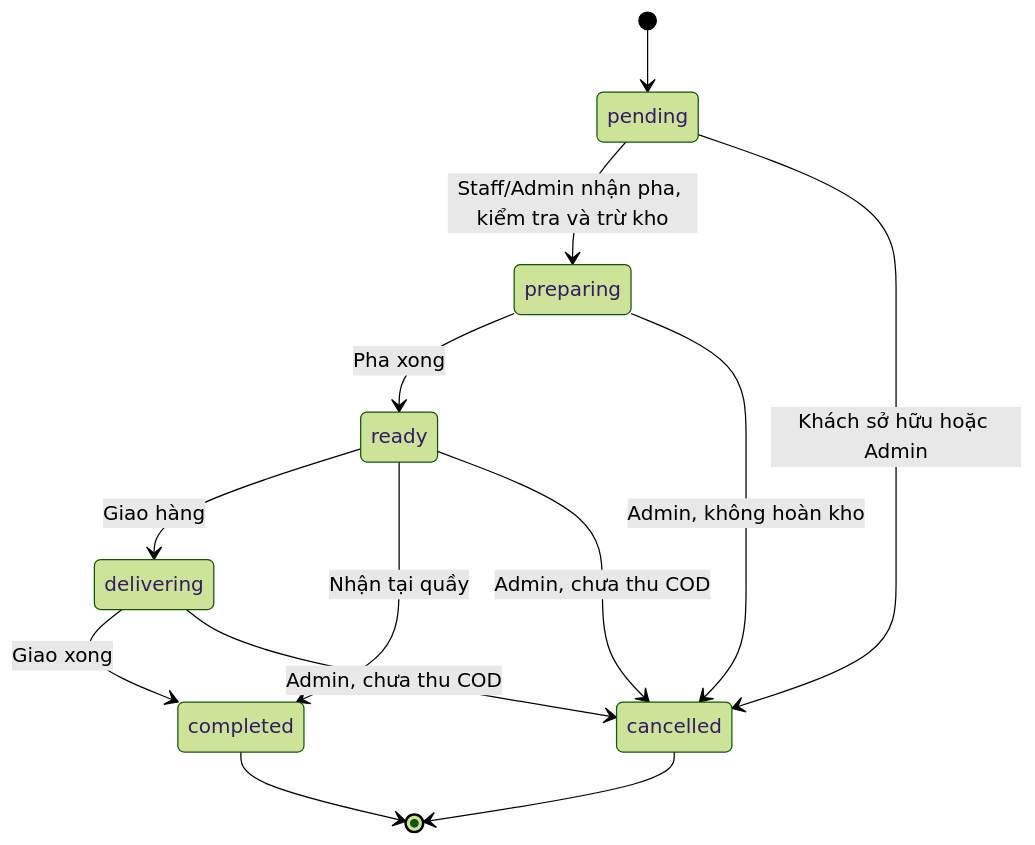
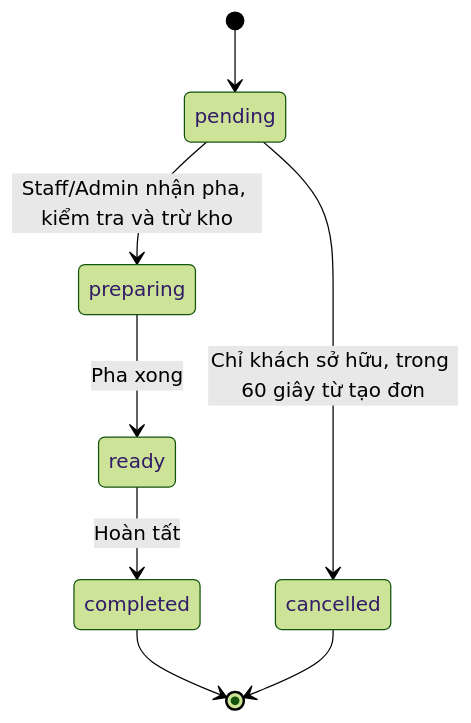
Before and after one commit to Fuuron1301/maydrinks: the first of 2 diagrams in docs/erd-mapping.md, drawn with Mermaid (forest theme). The commit also changed 27 other files, not shown here.

````diff
--- a/docs/erd-mapping.md
+++ b/docs/erd-mapping.md
@@ -76,15 +76,10 @@
 ```mermaid
 stateDiagram-v2
   [*] --> pending
   pending --> preparing: Staff/Admin nhận pha, kiểm tra và trừ kho
   preparing --> ready: Pha xong
-  ready --> delivering: Giao hàng
-  ready --> completed: Nhận tại quầy
-  delivering --> completed: Giao xong
-  pending --> cancelled: Khách sở hữu hoặc Admin
-  preparing --> cancelled: Admin, không hoàn kho
-  ready --> cancelled: Admin, chưa thu COD
-  delivering --> cancelled: Admin, chưa thu COD
+  ready --> completed: Hoàn tất
+  pending --> cancelled: Chỉ khách sở hữu, trong 60 giây từ tạo đơn
   completed --> [*]
   cancelled --> [*]
 ```
````
